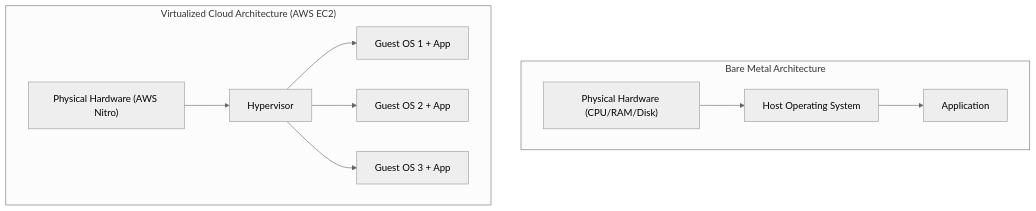
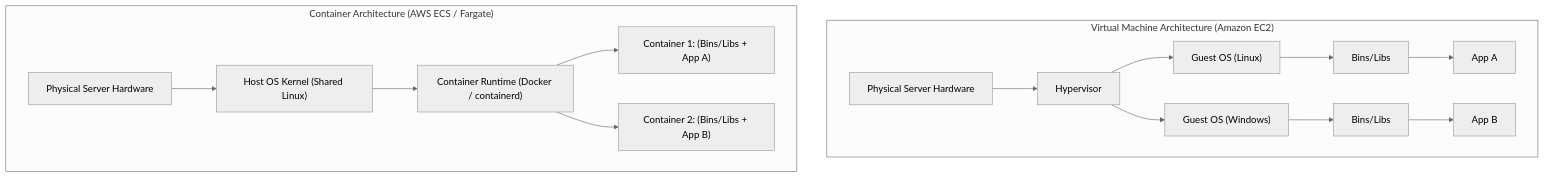
One commit to fakhruldeen/AWS changed the fourth of 5 diagrams in Cloud/Practitioner/CLF-C02/02_Prerequisites/01_Operating_Systems_and_Virtualization.md. Above: the diagram before and after it, drawn with Mermaid (neutral theme). The commit also changed other lines of this file and 5 other files, not shown here.

````diff
--- a/Cloud/Practitioner/CLF-C02/02_Prerequisites/01_Operating_Systems_and_Virtualization.md
+++ b/Cloud/Practitioner/CLF-C02/02_Prerequisites/01_Operating_Systems_and_Virtualization.md
@@ -14,14 +146,15 @@
 ```mermaid
-graph TD
-    subgraph Traditional["Bare Metal Architecture"]
-        HW1["Physical Hardware (CPU/RAM/Disk)"] --> OS1["Host Operating System"]
-        OS1 --> App1["Application"]
+flowchart TD
+    subgraph VM_Arch["Virtual Machine Architecture (Amazon EC2)"]
+        H1["Physical Server Hardware"] --> HYP["Hypervisor"]
+        HYP --> GOS1["Guest OS (Linux)"] --> B1["Bins/Libs"] --> AppA["App A"]
+        HYP --> GOS2["Guest OS (Windows)"] --> B2["Bins/Libs"] --> AppB["App B"]
     end
 
-    subgraph Virtualized["Virtualized Cloud Architecture (AWS EC2)"]
-        HW2["Physical Hardware (AWS Nitro)"] --> Hyp["Hypervisor"]
-        Hyp --> VM1["Guest OS 1 + App"]
-        Hyp --> VM2["Guest OS 2 + App"]
-        Hyp --> VM3["Guest OS 3 + App"]
+    subgraph Container_Arch["Container Architecture (AWS ECS / Fargate)"]
+        H2["Physical Server Hardware"] --> HostKernel["Host OS Kernel (Shared Linux)"]
+        HostKernel --> ContainerEngine["Container Runtime (Docker / containerd)"]
+        ContainerEngine --> C1["Container 1: (Bins/Libs + App A)"]
+        ContainerEngine --> C2["Container 2: (Bins/Libs + App B)"]
     end
 ```
````
